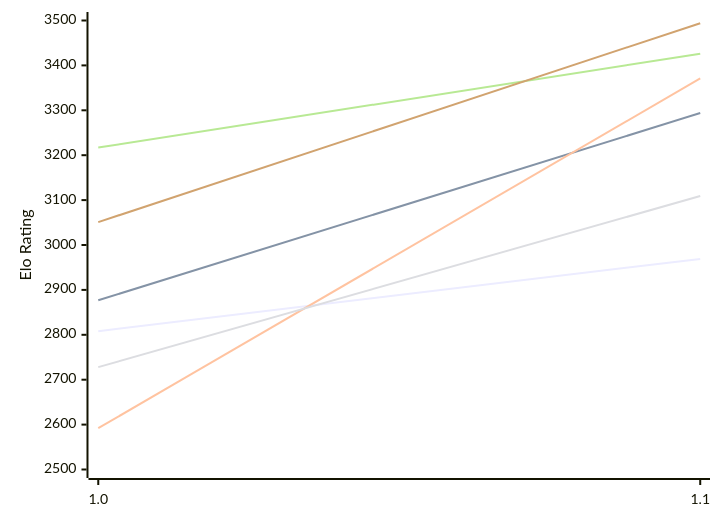
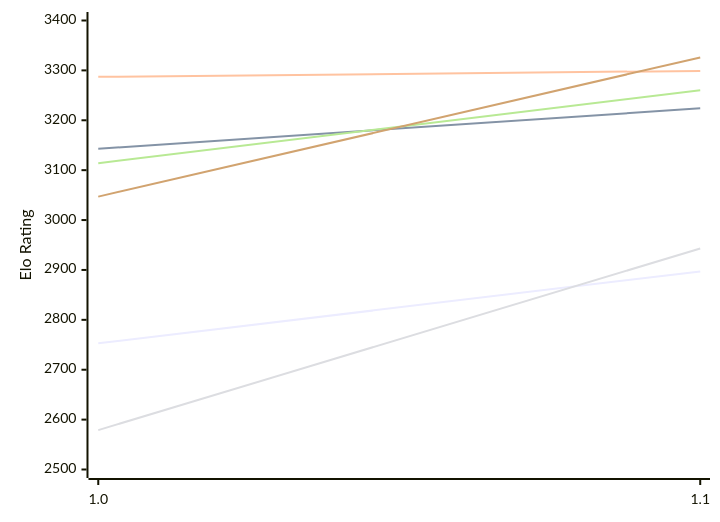
Before and after one commit to computer-chess-index/cci: the first of 2 diagrams in engines/RodentV.md, drawn with Mermaid. The commit also changed other lines of this file, not shown here.

Commit message:
Update CCI Ratings (ELO VLTC) - 2026-11-13

````diff
--- a/engines/RodentV.md
+++ b/engines/RodentV.md
@@ -50,12 +50,12 @@
 ```mermaid
 %%{init: {"theme":"base","themeVariables":{"seriesColors:['#a3a3a3','#222221','#faa371']}}}%%
 xychart-beta
   x-axis ["1.0", "1.1"]
-  y-axis "Elo Rating" 2500 --> 3500
-  line "E1: STC (8.0+0.08s)" [2808, 2969]
-  line "E1: LTC (60.0+0.60s)" [2877, 3294]
-  line "E1: VLTC (2m24s+1.12s)" [2592, 3371]
-  line "P1: STC (8.0+0.08s)" [2728, 3109]
-  line "P1: LTC (60.0+0.60s)" [3217, 3426]
-  line "P1: VLTC (2m24s+1.12s)" [3051, 3494]
+  y-axis "Elo Rating" 2500 --> 3400
+  line "E1: STC (8.0+0.08s)" [2753, 2897]
+  line "E1: LTC (60.0+0.60s)" [3143, 3224]
+  line "E1: VLTC (2m24s+1.12s)" [3287, 3299]
+  line "P1: STC (8.0+0.08s)" [2579, 2943]
+  line "P1: LTC (60.0+0.60s)" [3114, 3260]
+  line "P1: VLTC (2m24s+1.12s)" [3047, 3326]
 ```
````
